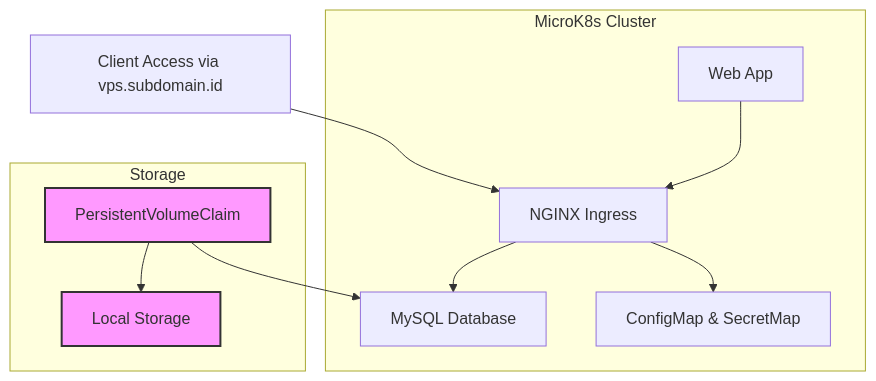
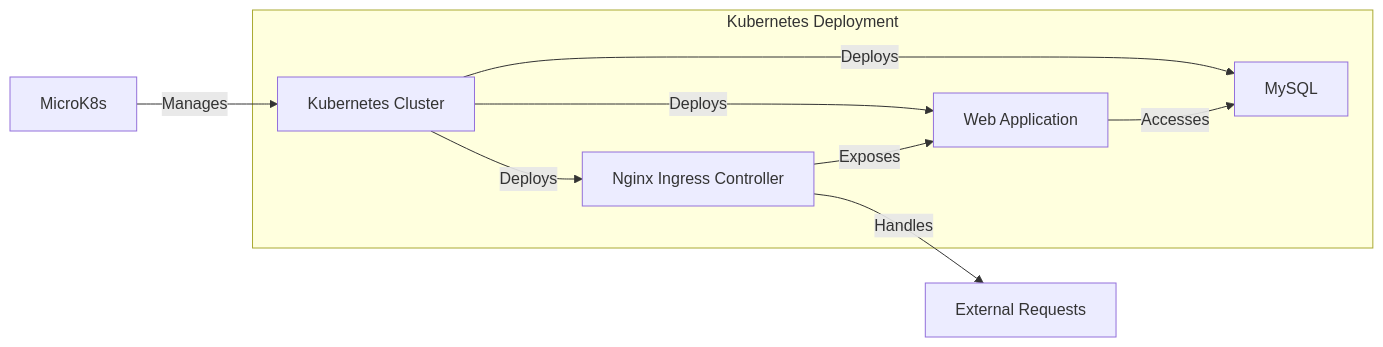
Before and after one commit to muhammadsziyad/k8s-microk8s-mysql-nginx-ingress: the diagram in readme.md, drawn with Mermaid.

````diff
--- a/readme.md
+++ b/readme.md
@@ -3,17 +3,19 @@
 ```mermaid
-graph TD
-    subgraph MicroK8s Cluster
-        A[Web App] --> B[NGINX Ingress]
-        B --> C[MySQL Database]
-        B --> E[ConfigMap & SecretMap]
+flowchart LR
+    A[MicroK8s] -->|Manages| B[Kubernetes Cluster]
+    B -->|Deploys| C[MySQL]
+    B -->|Deploys| D[Nginx Ingress Controller]
+    B -->|Deploys| E[Web Application]
+    E -->|Accesses| C
+    D -->|Exposes| E
+    D -->|Handles| F[External Requests]
+
+    subgraph Kubernetes Deployment
+        B
+        C
+        D
+        E
     end
-    D[Client Access via vps.subdomain.id] --> B
-    subgraph Storage
-        F[PersistentVolumeClaim] --> C
-        G[Local Storage]
-    end
-    
-    F --> G
-    classDef storage fill:#f9f,stroke:#333,stroke-width:2px;
-    class F,G storage;
+
+
 ```
````
